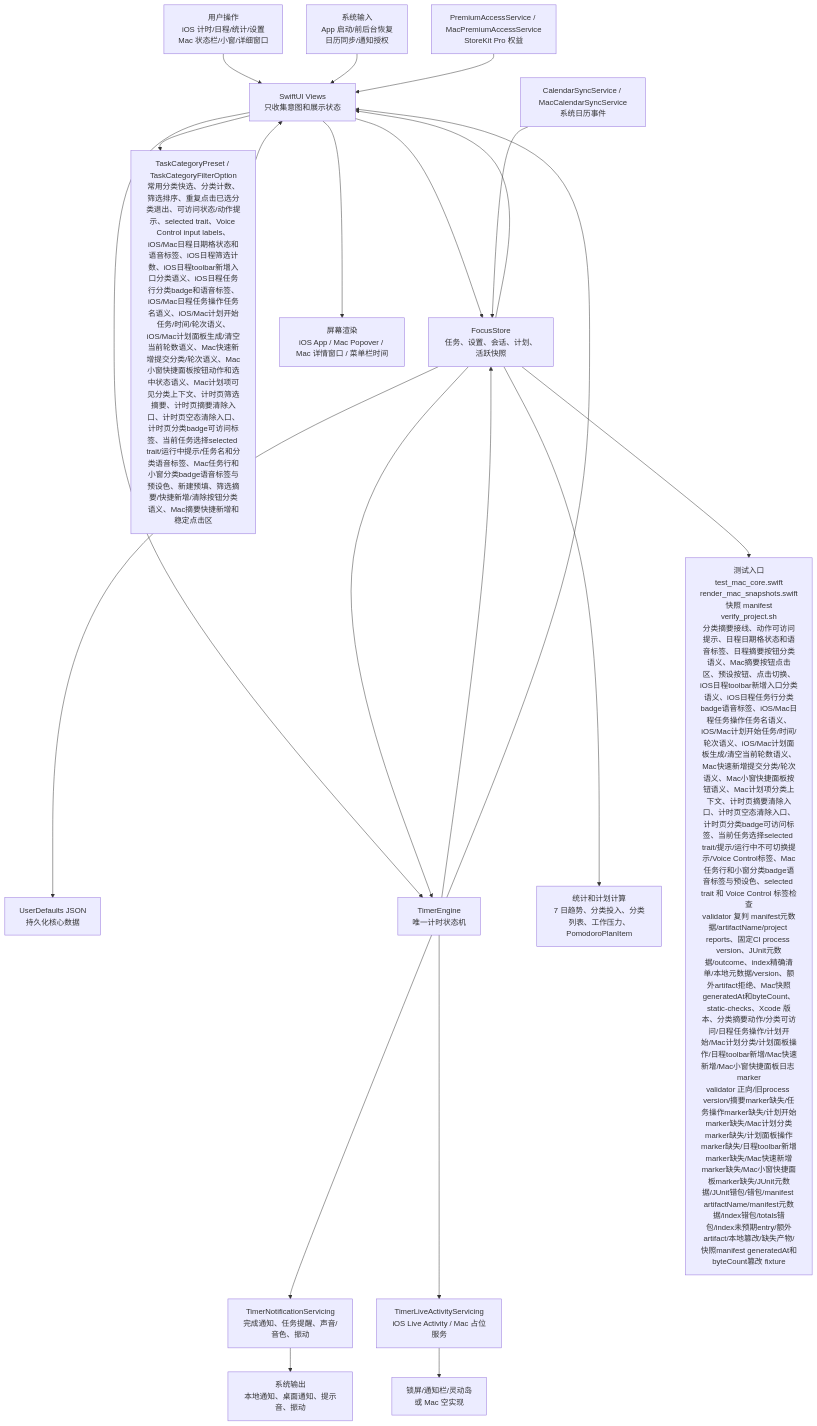
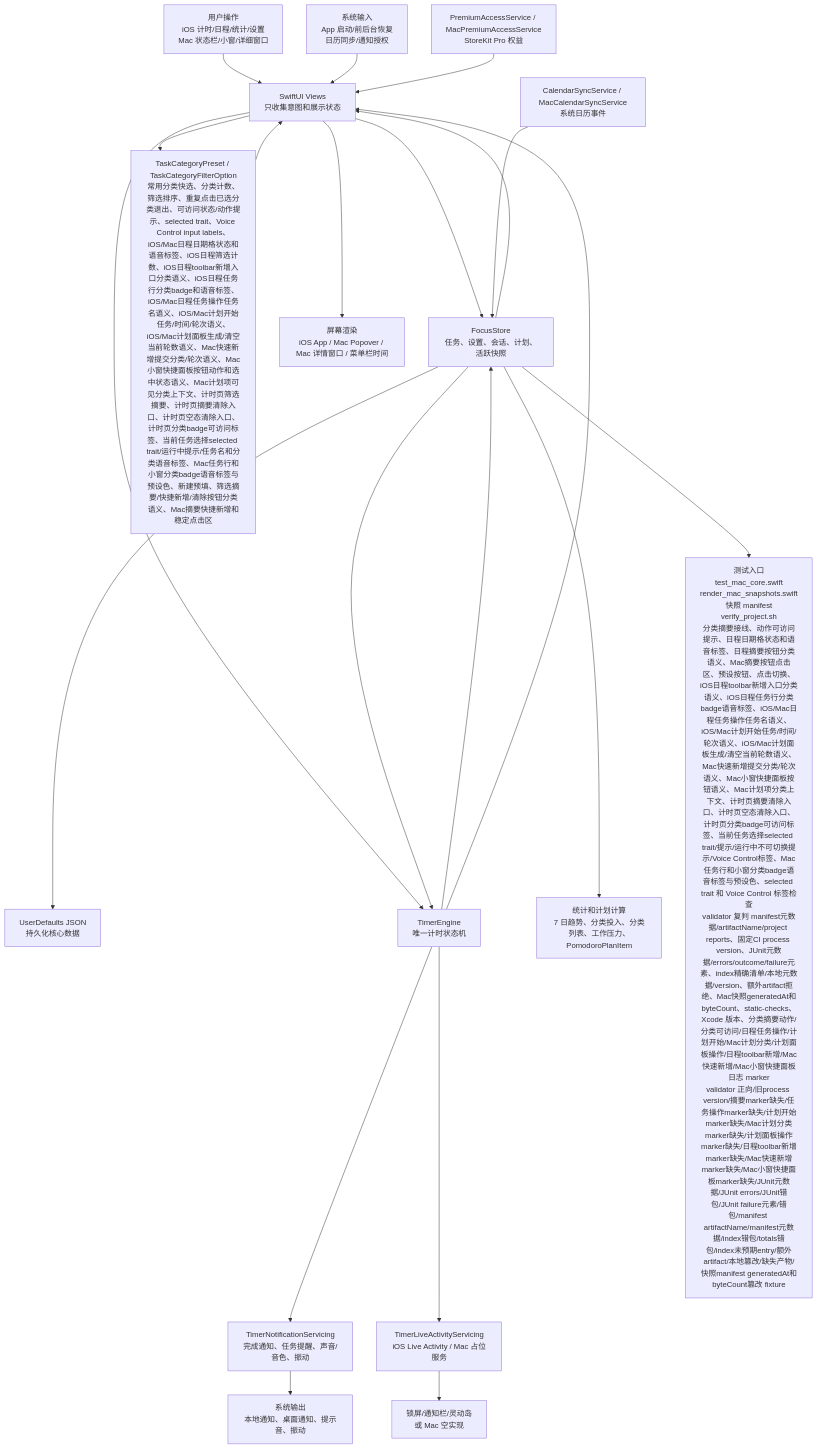
One commit to Altman-sam114/114 changed the first of 6 diagrams in md/flow/flowchart.md. Above: the diagram before and after it, drawn with Mermaid. The commit also changed other lines of this file and 8 other files, not shown here.

````diff
--- a/md/flow/flowchart.md
+++ b/md/flow/flowchart.md
@@ -9,23 +9,23 @@
 ```mermaid
 flowchart TD
   U["用户操作<br/>iOS 计时/日程/统计/设置<br/>Mac 状态栏/小窗/详细窗口"] --> V["SwiftUI Views<br/>只收集意图和展示状态"]
   SYS["系统输入<br/>App 启动/前后台恢复<br/>日历同步/通知授权"] --> V
   V --> S["FocusStore<br/>任务、设置、会话、计划、活跃快照"]
   V --> CAT["TaskCategoryPreset / TaskCategoryFilterOption<br/>常用分类快选、分类计数、筛选排序、重复点击已选分类退出、可访问状态/动作提示、selected trait、Voice Control input labels、iOS/Mac日程日期格状态和语音标签、iOS日程筛选计数、iOS日程toolbar新增入口分类语义、iOS日程任务行分类badge和语音标签、iOS/Mac日程任务操作任务名语义、iOS/Mac计划开始任务/时间/轮次语义、iOS/Mac计划面板生成/清空当前轮数语义、Mac快速新增提交分类/轮次语义、Mac小窗快捷面板按钮动作和选中状态语义、Mac计划项可见分类上下文、计时页筛选摘要、计时页摘要清除入口、计时页空态清除入口、计时页分类badge可访问标签、当前任务选择selected trait/运行中提示/任务名和分类语音标签、Mac任务行和小窗分类badge语音标签与预设色、新建预填、筛选摘要/快捷新增/清除按钮分类语义、Mac摘要快捷新增和稳定点击区"]
   CAT --> V
   S --> P["UserDefaults JSON<br/>持久化核心数据"]
   V --> E["TimerEngine<br/>唯一计时状态机"]
   S --> E
   E --> S
   E --> N["TimerNotificationServicing<br/>完成通知、任务提醒、声音/音色、振动"]
   E --> L["TimerLiveActivityServicing<br/>iOS Live Activity / Mac 占位服务"]
   S --> C["统计和计划计算<br/>7 日趋势、分类投入、分类列表、工作压力、PomodoroPlanItem"]
   CAL["CalendarSyncService / MacCalendarSyncService<br/>系统日历事件"] --> S
   PRO["PremiumAccessService / MacPremiumAccessService<br/>StoreKit Pro 权益"] --> V
   S --> V
   E --> V
   V --> OUT["屏幕渲染<br/>iOS App / Mac Popover / Mac 详情窗口 / 菜单栏时间"]
   N --> OUT2["系统输出<br/>本地通知、桌面通知、提示音、振动"]
   L --> OUT3["锁屏/通知栏/灵动岛<br/>或 Mac 空实现"]
-  S --> T["测试入口<br/>test_mac_core.swift<br/>render_mac_snapshots.swift<br/>快照 manifest<br/>verify_project.sh<br/>分类摘要接线、动作可访问提示、日程日期格状态和语音标签、日程摘要按钮分类语义、Mac摘要按钮点击区、预设按钮、点击切换、iOS日程toolbar新增入口分类语义、iOS日程任务行分类badge语音标签、iOS/Mac日程任务操作任务名语义、iOS/Mac计划开始任务/时间/轮次语义、iOS/Mac计划面板生成/清空当前轮数语义、Mac快速新增提交分类/轮次语义、Mac小窗快捷面板按钮语义、Mac计划项分类上下文、计时页摘要清除入口、计时页空态清除入口、计时页分类badge可访问标签、当前任务选择selected trait/提示/运行中不可切换提示/Voice Control标签、Mac任务行和小窗分类badge语音标签与预设色、selected trait 和 Voice Control 标签检查<br/>validator 复判 manifest元数据/artifactName/project reports、固定CI process version、JUnit元数据/outcome、index精确清单/本地元数据/version、额外artifact拒绝、Mac快照generatedAt和byteCount、static-checks、Xcode 版本、分类摘要动作/分类可访问/日程任务操作/计划开始/Mac计划分类/计划面板操作/日程toolbar新增/Mac快速新增/Mac小窗快捷面板日志 marker<br/>validator 正向/旧process version/摘要marker缺失/任务操作marker缺失/计划开始marker缺失/Mac计划分类marker缺失/计划面板操作marker缺失/日程toolbar新增marker缺失/Mac快速新增marker缺失/Mac小窗快捷面板marker缺失/JUnit元数据/JUnit错包/错包/manifest artifactName/manifest元数据/index错包/totals错包/index未预期entry/额外artifact/本地篡改/缺失产物/快照manifest generatedAt和byteCount篡改 fixture"]
+  S --> T["测试入口<br/>test_mac_core.swift<br/>render_mac_snapshots.swift<br/>快照 manifest<br/>verify_project.sh<br/>分类摘要接线、动作可访问提示、日程日期格状态和语音标签、日程摘要按钮分类语义、Mac摘要按钮点击区、预设按钮、点击切换、iOS日程toolbar新增入口分类语义、iOS日程任务行分类badge语音标签、iOS/Mac日程任务操作任务名语义、iOS/Mac计划开始任务/时间/轮次语义、iOS/Mac计划面板生成/清空当前轮数语义、Mac快速新增提交分类/轮次语义、Mac小窗快捷面板按钮语义、Mac计划项分类上下文、计时页摘要清除入口、计时页空态清除入口、计时页分类badge可访问标签、当前任务选择selected trait/提示/运行中不可切换提示/Voice Control标签、Mac任务行和小窗分类badge语音标签与预设色、selected trait 和 Voice Control 标签检查<br/>validator 复判 manifest元数据/artifactName/project reports、固定CI process version、JUnit元数据/errors/outcome/failure元素、index精确清单/本地元数据/version、额外artifact拒绝、Mac快照generatedAt和byteCount、static-checks、Xcode 版本、分类摘要动作/分类可访问/日程任务操作/计划开始/Mac计划分类/计划面板操作/日程toolbar新增/Mac快速新增/Mac小窗快捷面板日志 marker<br/>validator 正向/旧process version/摘要marker缺失/任务操作marker缺失/计划开始marker缺失/Mac计划分类marker缺失/计划面板操作marker缺失/日程toolbar新增marker缺失/Mac快速新增marker缺失/Mac小窗快捷面板marker缺失/JUnit元数据/JUnit errors/JUnit错包/JUnit failure元素/错包/manifest artifactName/manifest元数据/index错包/totals错包/index未预期entry/额外artifact/本地篡改/缺失产物/快照manifest generatedAt和byteCount篡改 fixture"]
 ```
````
